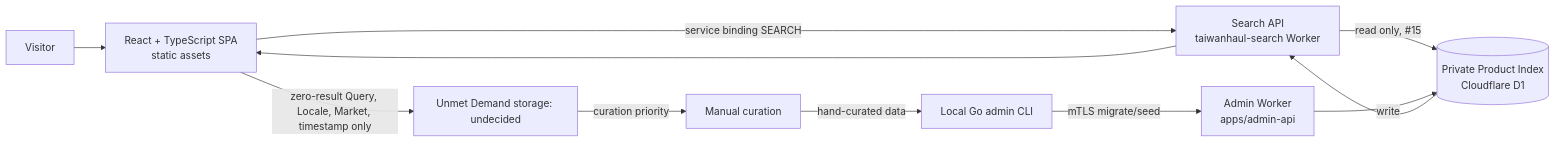
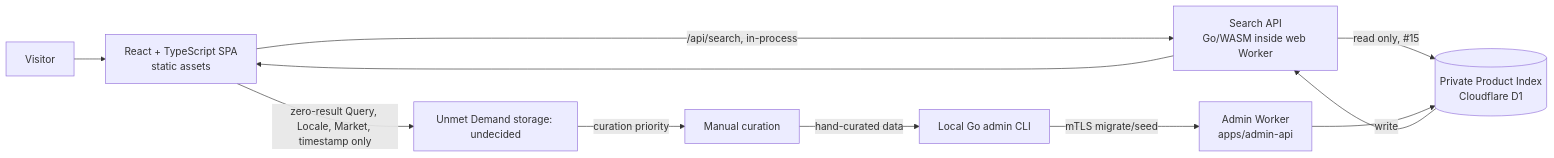
The second of 2 diagrams in docs/architecture.md (iskWang/taiwanhaul), drawn with Mermaid before and after one commit. The commit also changed other lines of this file and 12 other files, not shown here.

Commit message:
feat: serve Search API inside the web Worker; drop search Worker and service binding (#24)

````diff
--- a/docs/architecture.md
+++ b/docs/architecture.md
@@ -77,13 +77,13 @@
 ```mermaid
 flowchart LR
   Visitor --> SPA["React + TypeScript SPA<br/>static assets"]
-  SPA -->|service binding SEARCH| API["Search API<br/>taiwanhaul-search Worker"]
+  SPA -->|"/api/search, in-process"| API["Search API<br/>Go/WASM inside web Worker"]
   API -->|read only, #15| Index[("Private Product Index<br/>Cloudflare D1")]
   Index --> API
   API --> SPA
   Curator["Manual curation"] -->|hand-curated data| CLI["Local Go admin CLI"]
   CLI -->|mTLS migrate/seed| Admin["Admin Worker<br/>apps/admin-api"]
   Admin -->|write| Index
   SPA -->|zero-result Query, Locale, Market, timestamp only| Demand["Unmet Demand storage: undecided"]
   Demand -->|curation priority| Curator
 ```
````
